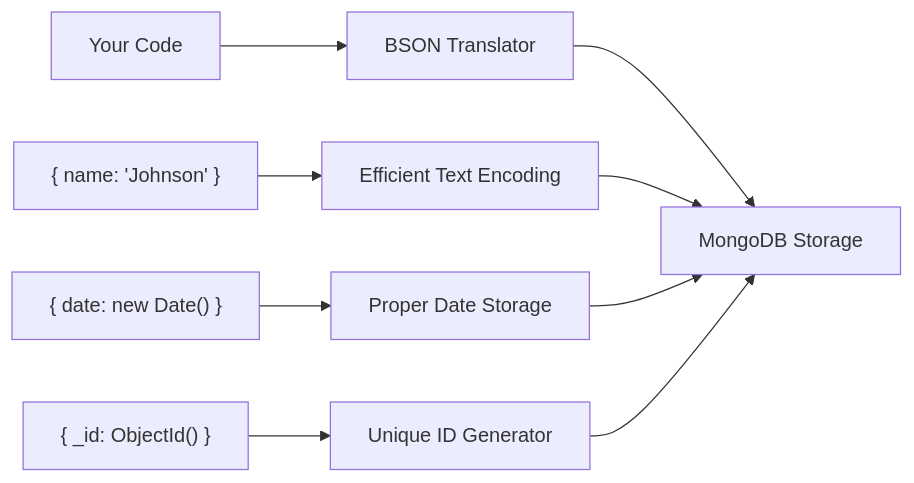
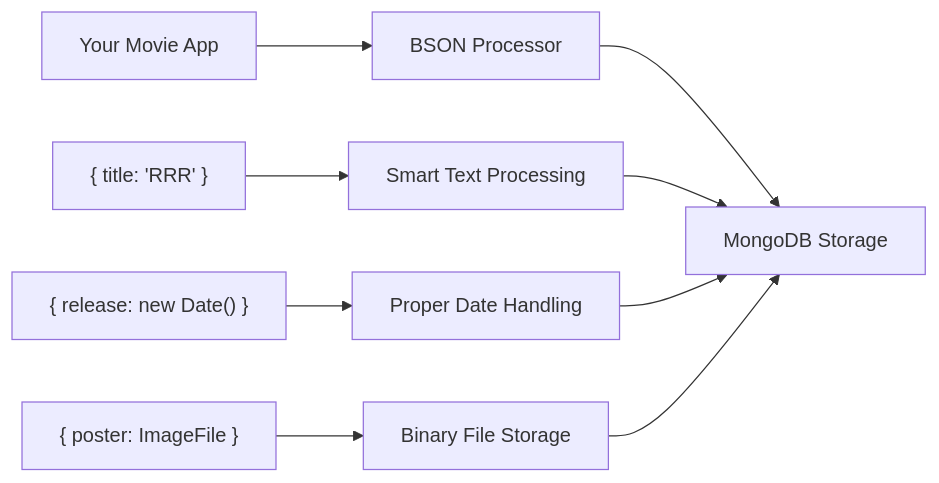
Before and after one commit to viswanathsandu/QuickGuides: the fifth of 11 diagrams in mongodb-nature-guide.md, drawn with Mermaid. The commit also changed other lines of this file, not shown here.

````diff
--- a/mongodb-nature-guide.md
+++ b/mongodb-nature-guide.md
@@ -350,13 +457,13 @@
 ```mermaid
 graph LR
-    A[Your Code] --> B[BSON Translator]
+    A[Your Movie App] --> B[BSON Processor]
     B --> C[MongoDB Storage]
     
-    A1["{ name: 'Johnson' }"] --> B1[Efficient Text Encoding]
-    A2["{ date: new Date() }"] --> B2[Proper Date Storage]
-    A3["{ _id: ObjectId() }"] --> B3[Unique ID Generator]
+    A1["{ title: 'RRR' }"] --> B1[Smart Text Processing]
+    A2["{ release: new Date() }"] --> B2[Proper Date Handling]
+    A3["{ poster: ImageFile }"] --> B3[Binary File Storage]
     
     B1 --> C
     B2 --> C  
     B3 --> C
 ```
````
